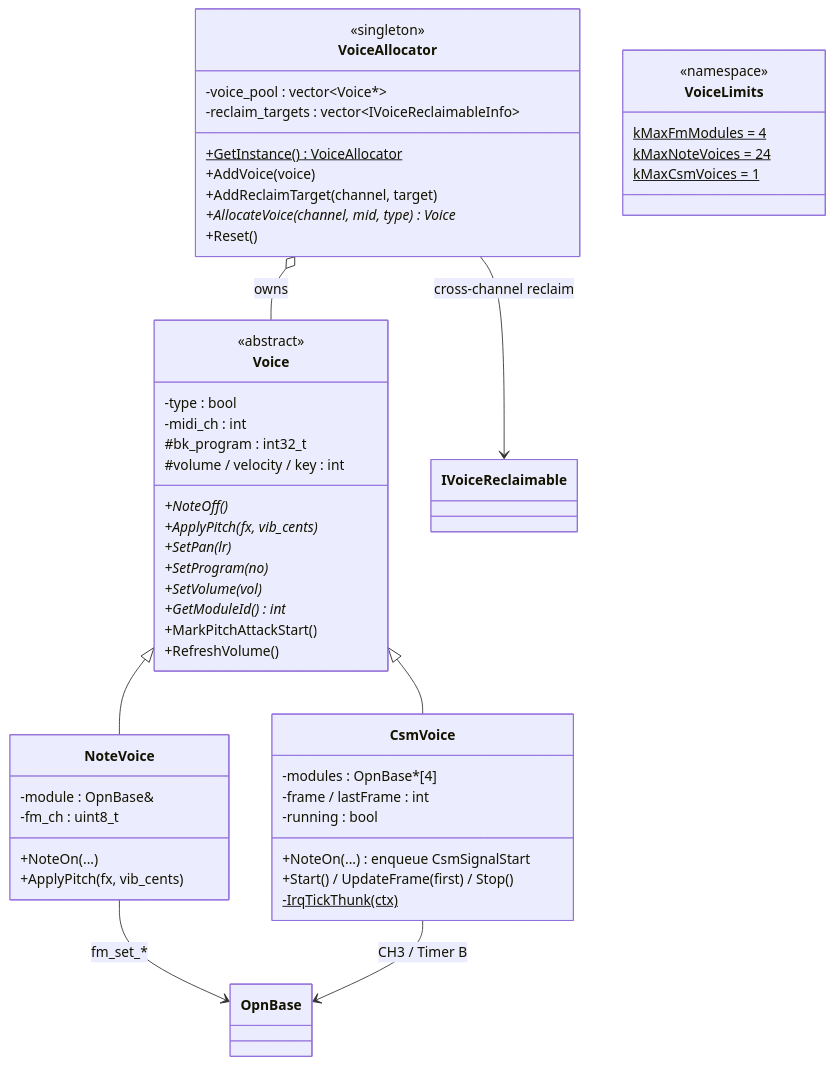
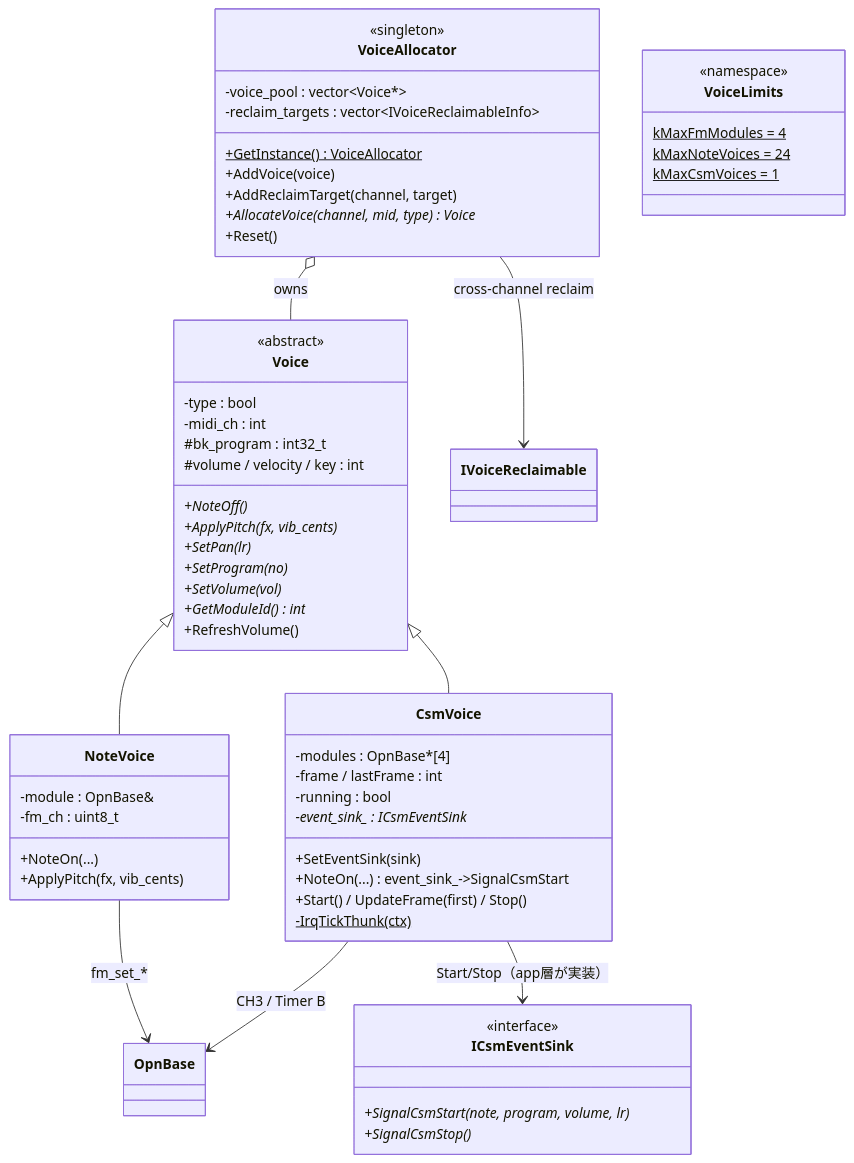
One commit to 46nori/FMSynthEnsembleV3 changed the second of 2 diagrams in doc/domain/domain_synth.md. Above: the diagram before and after it, drawn with Mermaid. The commit also changed other lines of this file and 42 other files, not shown here.

````diff
--- a/doc/domain/domain_synth.md
+++ b/doc/domain/domain_synth.md
@@ -96,59 +96,67 @@
 ```mermaid
 classDiagram
     class Voice {
         <<abstract>>
         -type : bool
         -midi_ch : int
         #bk_program : int32_t
         #volume / velocity / key : int
         +NoteOff()*
         +ApplyPitch(fx, vib_cents)*
         +SetPan(lr)*
         +SetProgram(no)*
         +SetVolume(vol)*
         +GetModuleId() int*
-        +MarkPitchAttackStart()
         +RefreshVolume()
     }
 
     class NoteVoice {
         -module : OpnBase&
         -fm_ch : uint8_t
         +NoteOn(...)
         +ApplyPitch(fx, vib_cents)
     }
 
     class CsmVoice {
         -modules : OpnBase*[4]
         -frame / lastFrame : int
         -running : bool
-        +NoteOn(...)  enqueue CsmSignalStart
+        -event_sink_ : ICsmEventSink*
+        +SetEventSink(sink)
+        +NoteOn(...)  event_sink_->SignalCsmStart
         +Start() / UpdateFrame(first) / Stop()
         -IrqTickThunk(ctx)$
+    }
+
+    class ICsmEventSink {
+        <<interface>>
+        +SignalCsmStart(note, program, volume, lr)*
+        +SignalCsmStop()*
     }
 
     class VoiceAllocator {
         <<singleton>>
         -voice_pool : vector~Voice*~
         -reclaim_targets : vector~IVoiceReclaimableInfo~
         +GetInstance() VoiceAllocator$
         +AddVoice(voice)
         +AddReclaimTarget(channel, target)
         +AllocateVoice(channel, mid, type) Voice*
         +Reset()
     }
 
     class VoiceLimits {
         <<namespace>>
         kMaxFmModules = 4$
         kMaxNoteVoices = 24$
         kMaxCsmVoices = 1$
     }
 
     Voice <|-- NoteVoice
     Voice <|-- CsmVoice
     VoiceAllocator o-- Voice : owns
     VoiceAllocator --> IVoiceReclaimable : cross-channel reclaim
     NoteVoice --> OpnBase : fm_set_*
     CsmVoice --> OpnBase : CH3 / Timer B
+    CsmVoice --> ICsmEventSink : Start/Stop（app層が実装）
 ```
````
